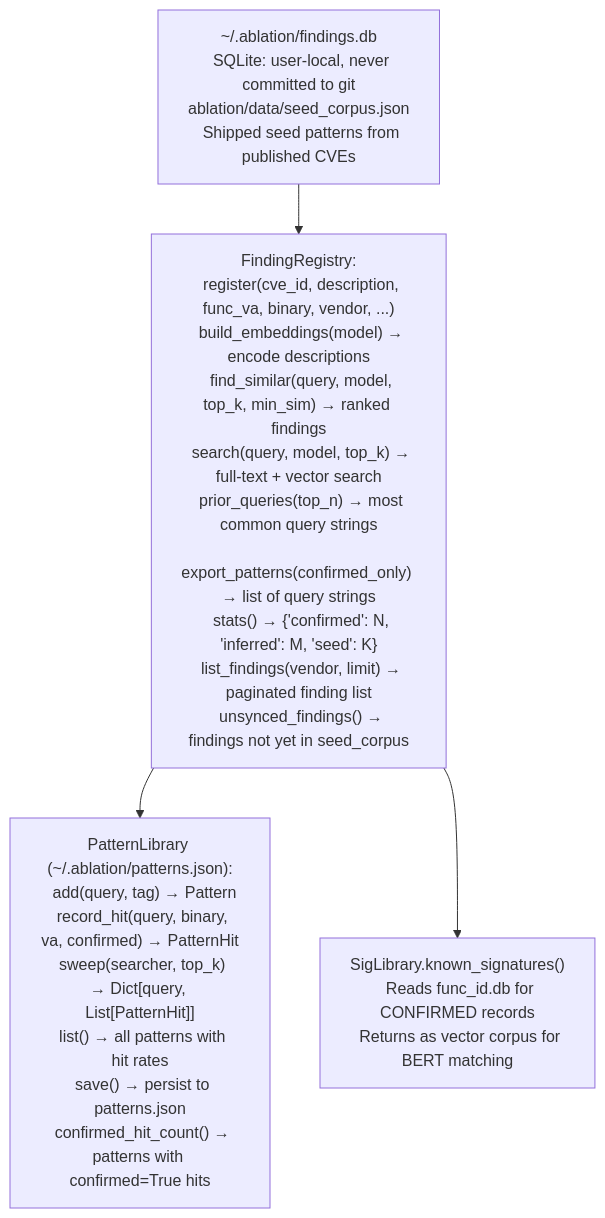
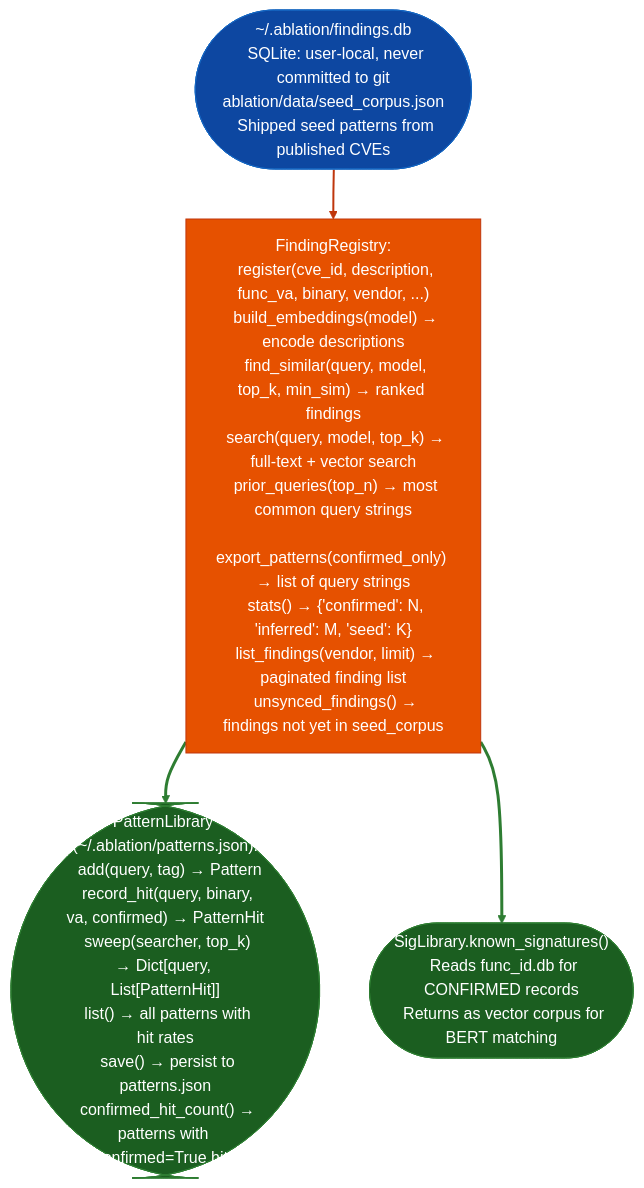
One commit to Ablation-Tool/ablation changed the diagram in docs/reference-modules/function-identity-database.md. Above: the diagram before and after it, drawn with Mermaid. The commit also changed 320 other files, not shown here.

First line of the commit message:
docs: apply canonical Mermaid template to all 321 diagrams

````diff
--- a/docs/reference-modules/function-identity-database.md
+++ b/docs/reference-modules/function-identity-database.md
@@ -19,6 +19,15 @@
 ```mermaid
 flowchart TD
-    A["~/.ablation/findings.db\n  SQLite: user-local, never committed to git\nablation/data/seed_corpus.json\n  Shipped seed patterns from published CVEs"] --> B["FindingRegistry:\n  register(cve_id, description, func_va, binary, vendor, ...)\n  build_embeddings(model) → encode descriptions\n  find_similar(query, model, top_k, min_sim) → ranked findings\n  search(query, model, top_k) → full-text + vector search\n  prior_queries(top_n) → most common query strings\n  export_patterns(confirmed_only) → list of query strings\n  stats() → {'confirmed': N, 'inferred': M, 'seed': K}\n  list_findings(vendor, limit) → paginated finding list\n  unsynced_findings() → findings not yet in seed_corpus"]
-    B --> C["PatternLibrary (~/.ablation/patterns.json):\n  add(query, tag) → Pattern\n  record_hit(query, binary, va, confirmed) → PatternHit\n  sweep(searcher, top_k) → Dict[query, List[PatternHit]]\n  list() → all patterns with hit rates\n  save() → persist to patterns.json\n  confirmed_hit_count() → patterns with confirmed=True hits"]
-    B --> D["SigLibrary.known_signatures()\n  Reads func_id.db for CONFIRMED records\n  Returns as vector corpus for BERT matching"]
+    A(["~/.ablation/findings.db\n  SQLite: user-local, never committed to git\nablation/data/seed_corpus.json\n  Shipped seed patterns from published CVEs"]):::input --> B["FindingRegistry:\n  register(cve_id, description, func_va, binary, vendor, ...)\n  build_embeddings(model) → encode descriptions\n  find_similar(query, model, top_k, min_sim) → ranked findings\n  search(query, model, top_k) → full-text + vector search\n  prior_queries(top_n) → most common query strings\n  export_patterns(confirmed_only) → list of query strings\n  stats() → {'confirmed': N, 'inferred': M, 'seed': K}\n  list_findings(vendor, limit) → paginated finding list\n  unsynced_findings() → findings not yet in seed_corpus"]:::primary
+    B:::primary --> C(["PatternLibrary (~/.ablation/patterns.json):\n  add(query, tag) → Pattern\n  record_hit(query, binary, va, confirmed) → PatternHit\n  sweep(searcher, top_k) → Dict[query, List[PatternHit]]\n  list() → all patterns with hit rates\n  save() → persist to patterns.json\n  confirmed_hit_count() → patterns with confirmed=True hits"]):::output
+    B:::primary --> D(["SigLibrary.known_signatures()\n  Reads func_id.db for CONFIRMED records\n  Returns as vector corpus for BERT matching"]):::output
+    classDef input     fill:#0d47a1,stroke:#1565c0,color:#fff
+    classDef primary   fill:#e65100,stroke:#bf360c,color:#fff
+    classDef secondary fill:#004d40,stroke:#00695c,color:#fff
+    classDef tertiary  fill:#4a148c,stroke:#6a1b9a,color:#fff
+    classDef neutral   fill:#37474f,stroke:#546e7a,color:#fff
+    classDef output    fill:#1b5e20,stroke:#2e7d32,color:#fff
+    linkStyle 0 stroke:#bf360c,stroke-width:2px
+    linkStyle 1 stroke:#2e7d32,stroke-width:3px
+    linkStyle 2 stroke:#2e7d32,stroke-width:3px
 ```
````
